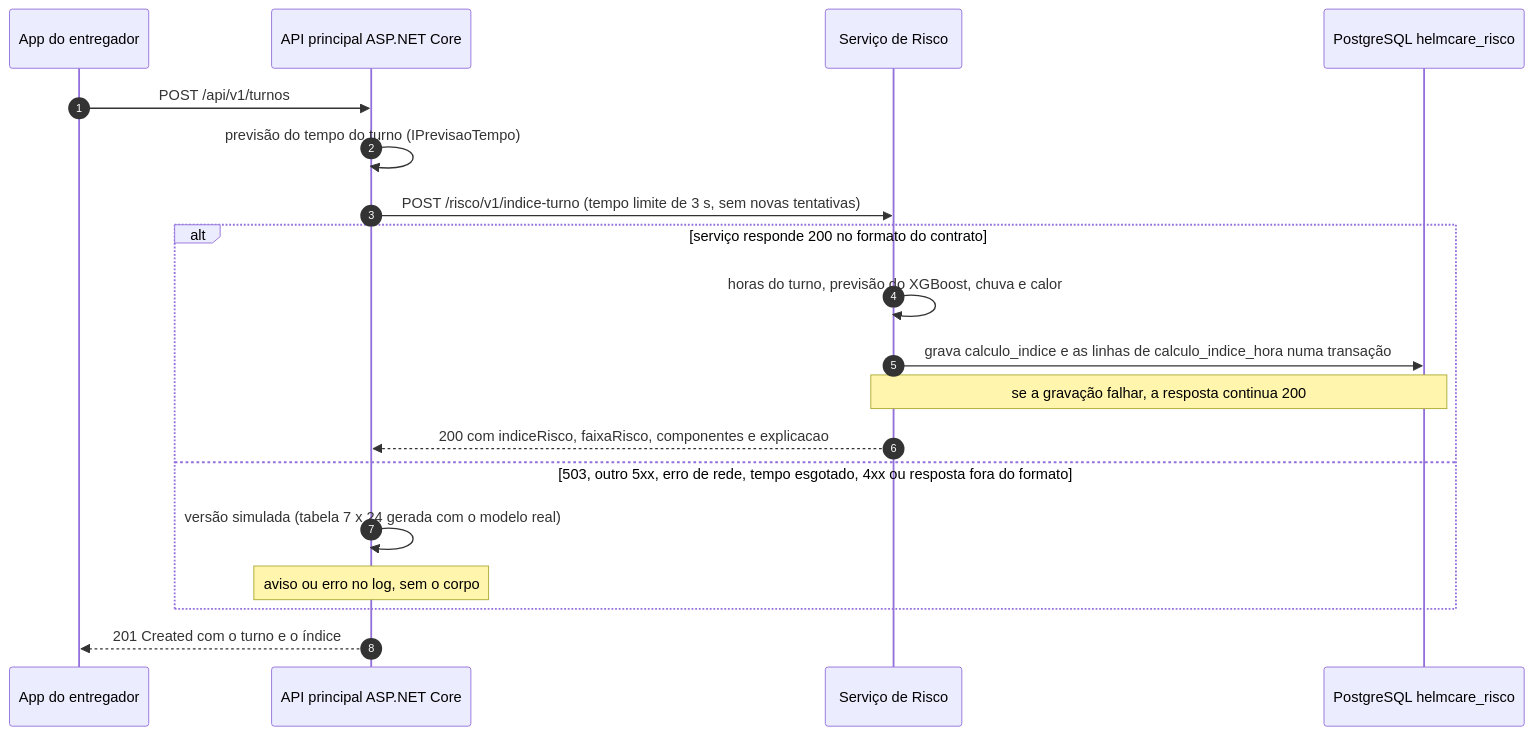
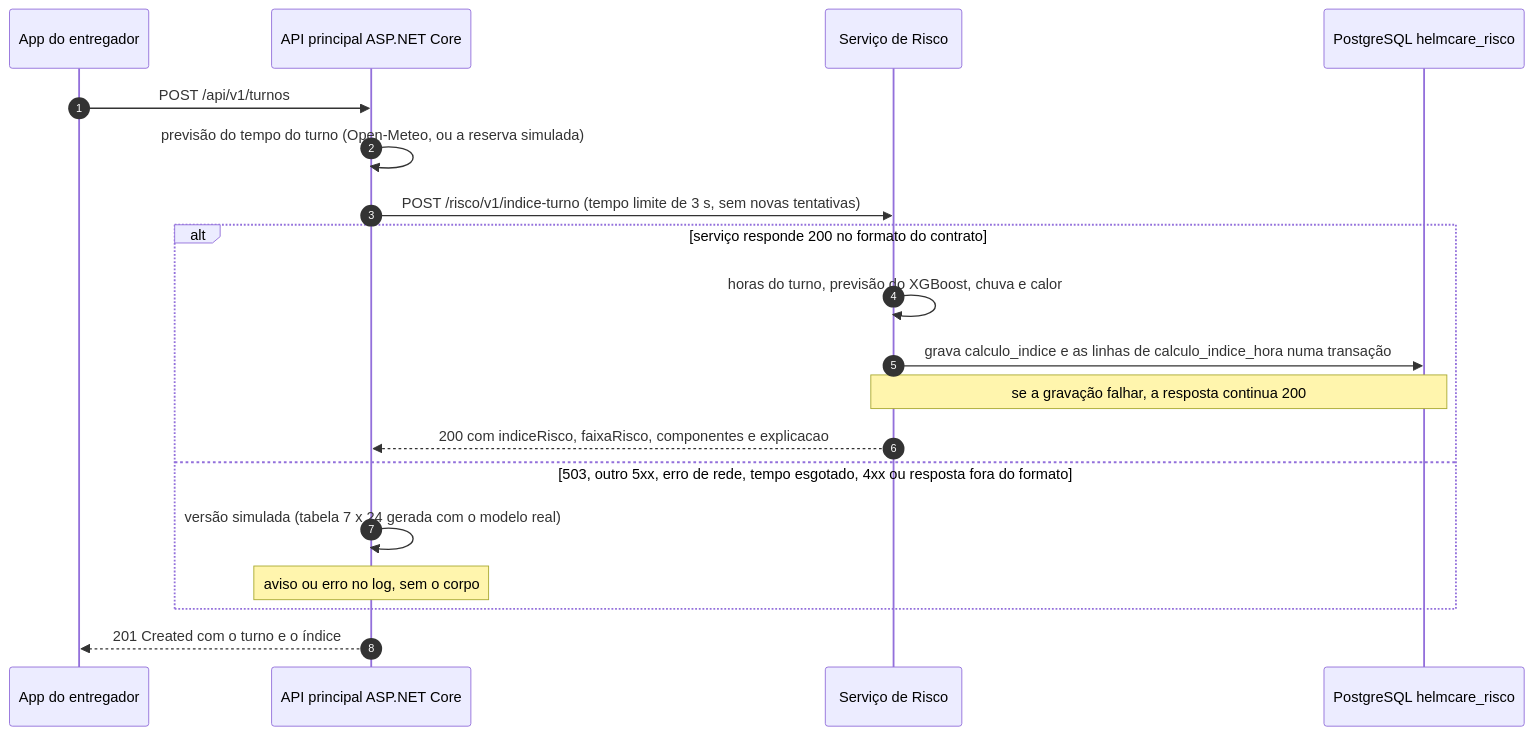
Before and after one commit to renan-utida/helmcare: the second of 3 diagrams in servico-risco/README.md, drawn with Mermaid. The commit also changed other lines of this file and 1 other file, not shown here.

````diff
--- a/servico-risco/README.md
+++ b/servico-risco/README.md
@@ -128,21 +130,21 @@
 ```mermaid
 sequenceDiagram
     autonumber
     participant App as App do entregador
     participant API as API principal ASP.NET Core
     participant SR as Serviço de Risco
     participant DB as PostgreSQL helmcare_risco
     App->>API: POST /api/v1/turnos
-    API->>API: previsão do tempo do turno (IPrevisaoTempo)
+    API->>API: previsão do tempo do turno (Open-Meteo, ou a reserva simulada)
     API->>SR: POST /risco/v1/indice-turno (tempo limite de 3 s, sem novas tentativas)
     alt serviço responde 200 no formato do contrato
         SR->>SR: horas do turno, previsão do XGBoost, chuva e calor
         SR->>DB: grava calculo_indice e as linhas de calculo_indice_hora numa transação
         Note over SR,DB: se a gravação falhar, a resposta continua 200
         SR-->>API: 200 com indiceRisco, faixaRisco, componentes e explicacao
     else 503, outro 5xx, erro de rede, tempo esgotado, 4xx ou resposta fora do formato
         API->>API: versão simulada (tabela 7 x 24 gerada com o modelo real)
         Note over API: aviso ou erro no log, sem o corpo
     end
     API-->>App: 201 Created com o turno e o índice
 ```
````
